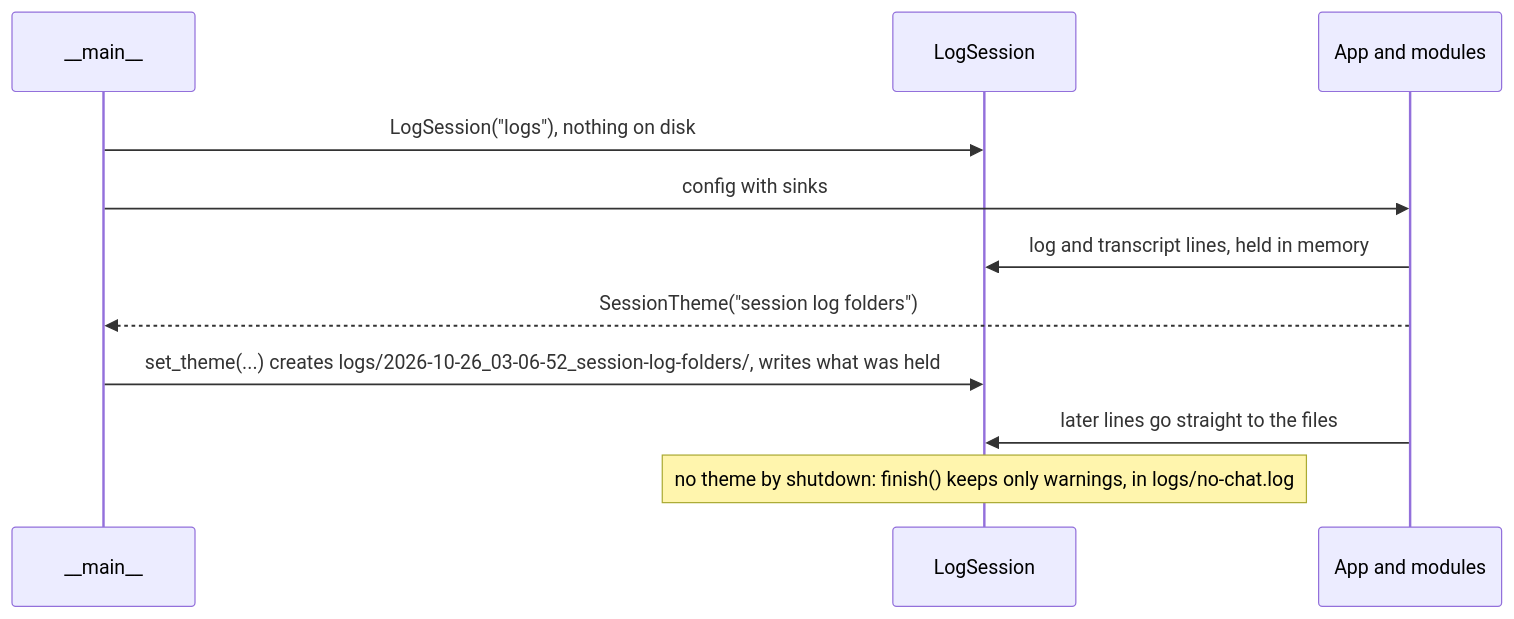
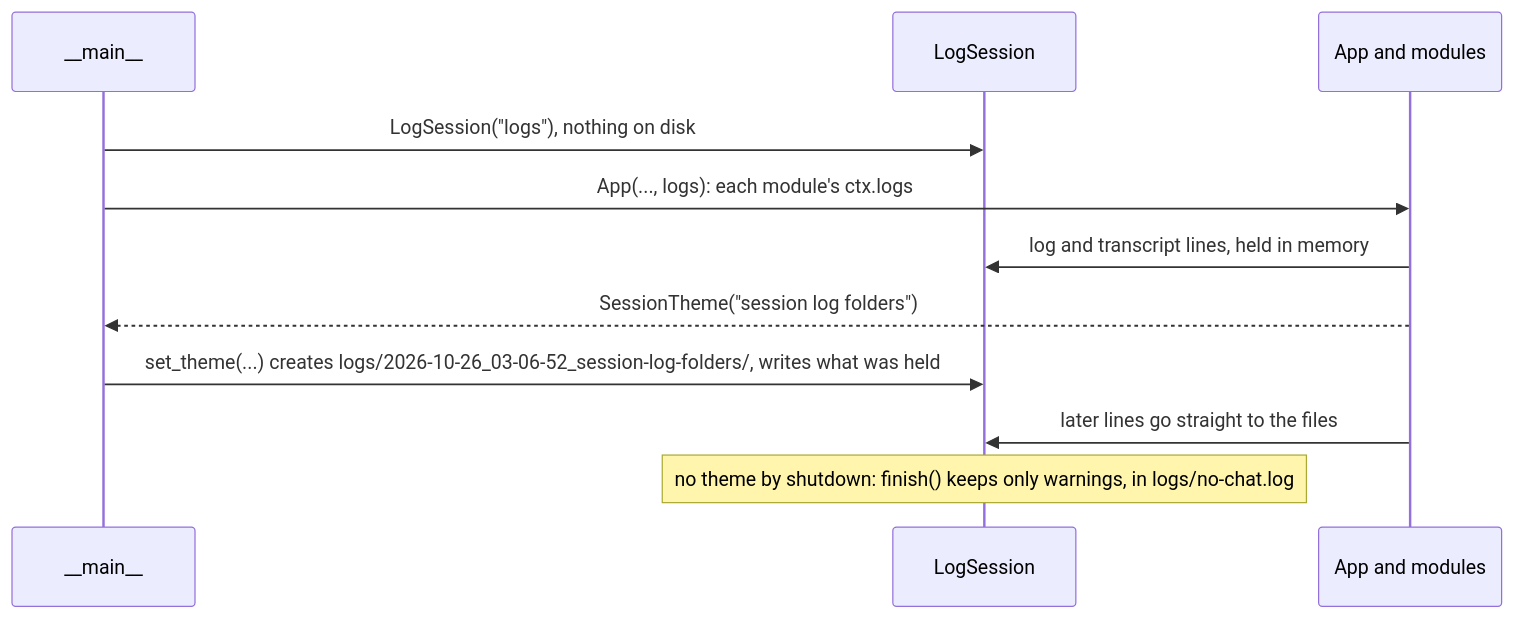
Before and after one commit to sharramon/AI_Assistant: the fifth of 5 diagrams in docs/architecture/core.md, drawn with Mermaid. The commit also changed other lines of this file and 29 other files, not shown here.

Commit message:
Module system, chunk 5: the ctx.logs port (nothing log-related in module config)

````diff
--- a/docs/architecture/core.md
+++ b/docs/architecture/core.md
@@ -277,13 +277,13 @@
 ```mermaid
 sequenceDiagram
     participant M as __main__
     participant L as LogSession
     participant A as App and modules
     M->>L: LogSession("logs"), nothing on disk
-    M->>A: config with sinks
+    M->>A: App(..., logs): each module's ctx.logs
     A->>L: log and transcript lines, held in memory
     A-->>M: SessionTheme("session log folders")
     M->>L: set_theme(...) creates logs/2026-10-26_03-06-52_session-log-folders/, writes what was held
     A->>L: later lines go straight to the files
     Note over L: no theme by shutdown: finish() keeps only warnings, in logs/no-chat.log
 ```
````
